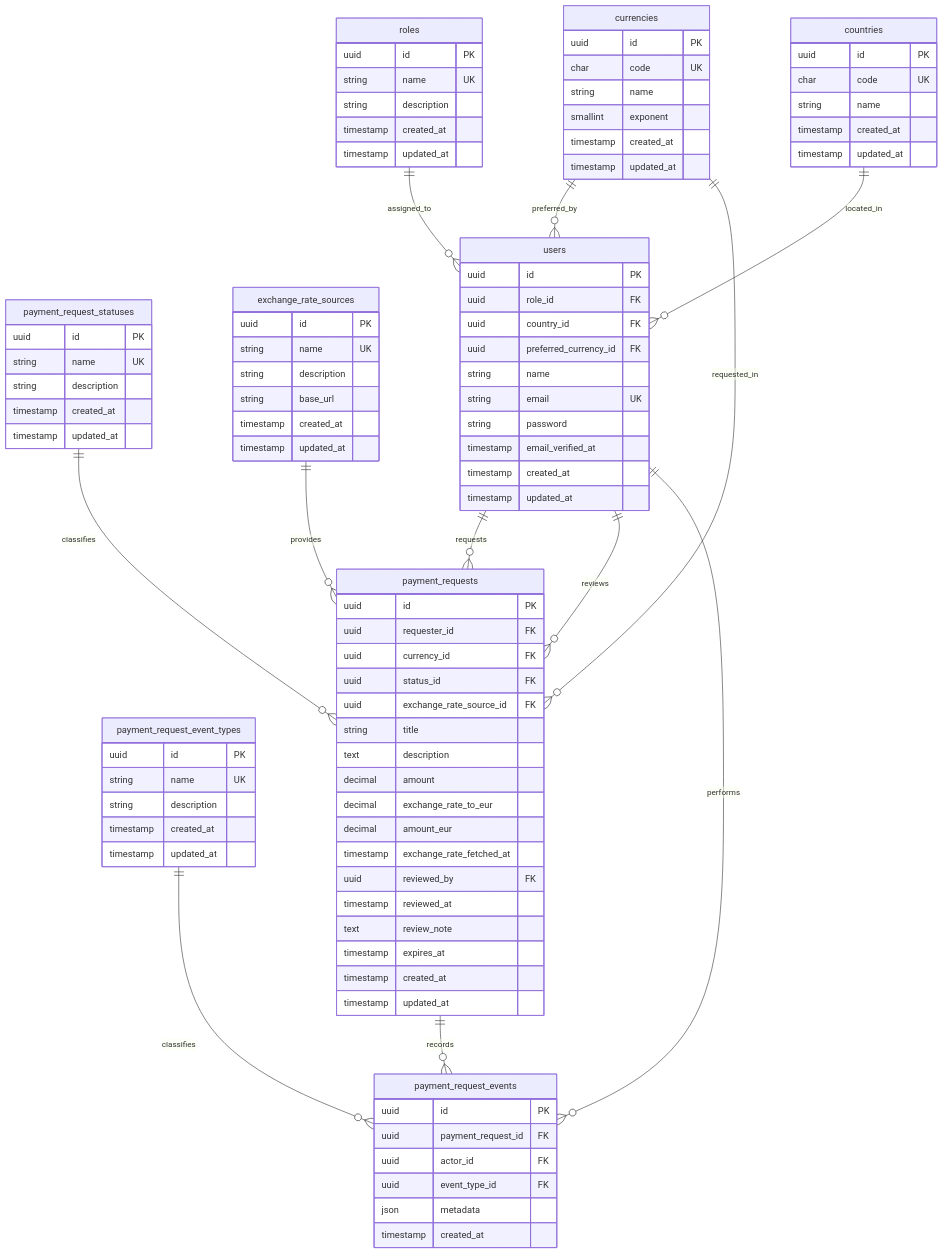
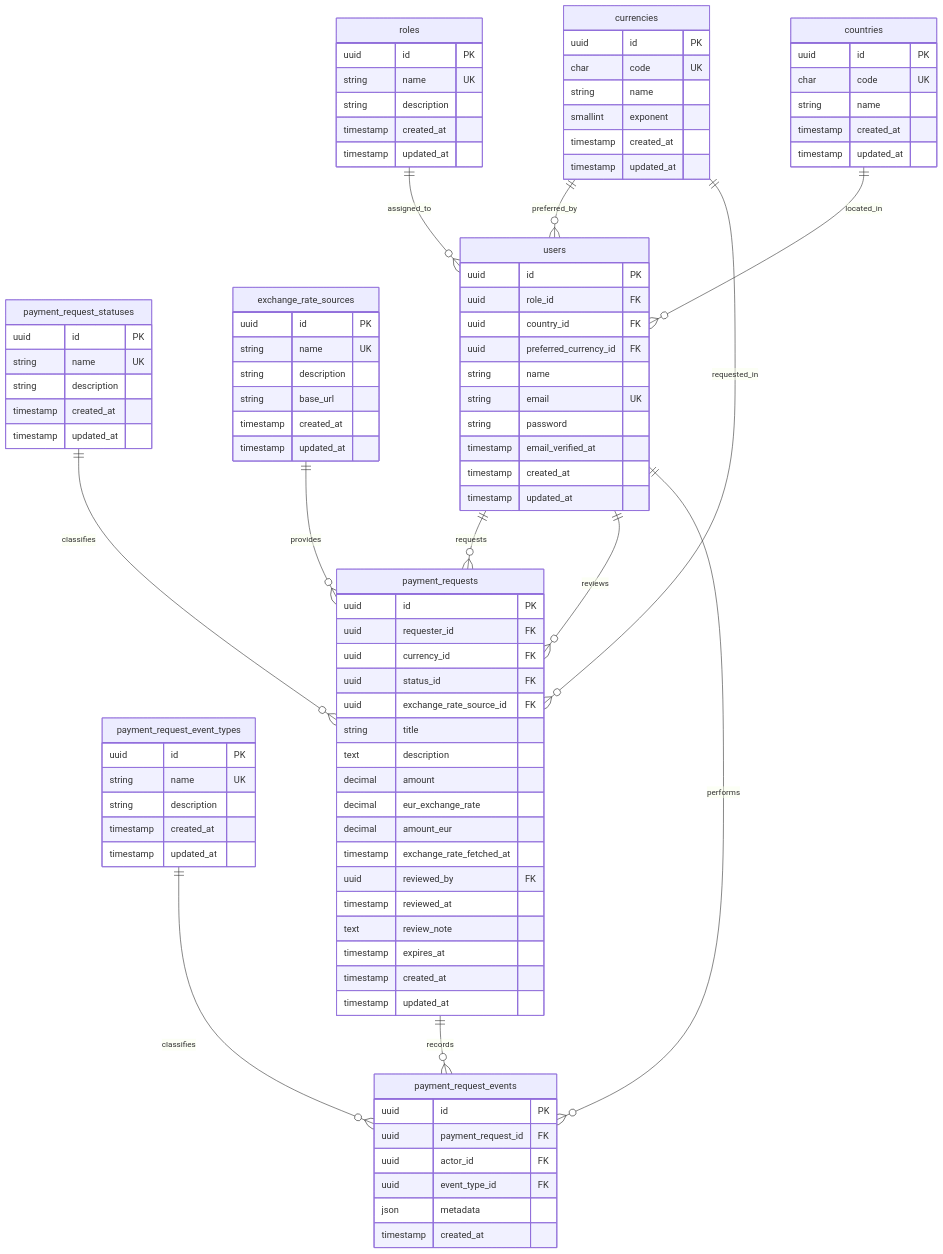
The diagram in docs/database-diagram.md (Vitor-Gabriel-Aquino/CurrencyFlow), drawn with Mermaid before and after one commit. The commit also changed other lines of this file and 8 other files, not shown here.

Commit message:
refactor: align exchange rate direction with requirements

```diff
--- a/docs/database-diagram.md
+++ b/docs/database-diagram.md
@@ -84,7 +84,7 @@
         string title
         text description
         decimal amount
-        decimal exchange_rate_to_eur
+        decimal eur_exchange_rate
         decimal amount_eur
         timestamp exchange_rate_fetched_at
         uuid reviewed_by FK
```
